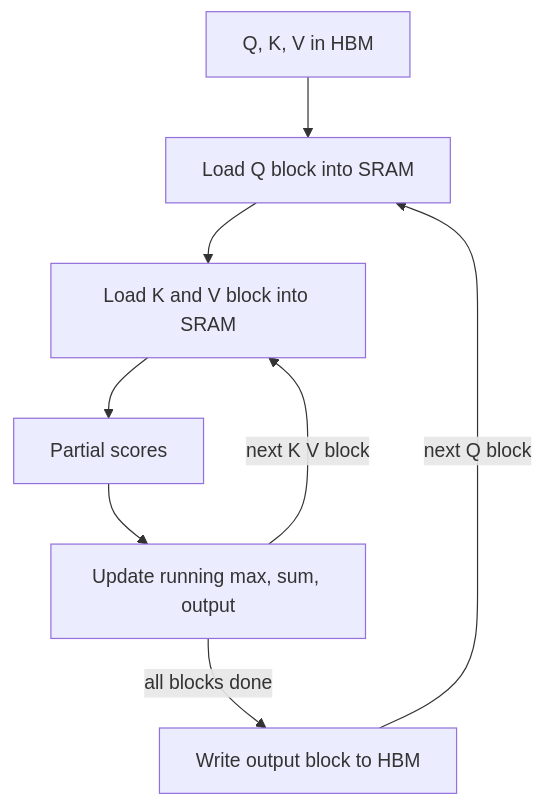
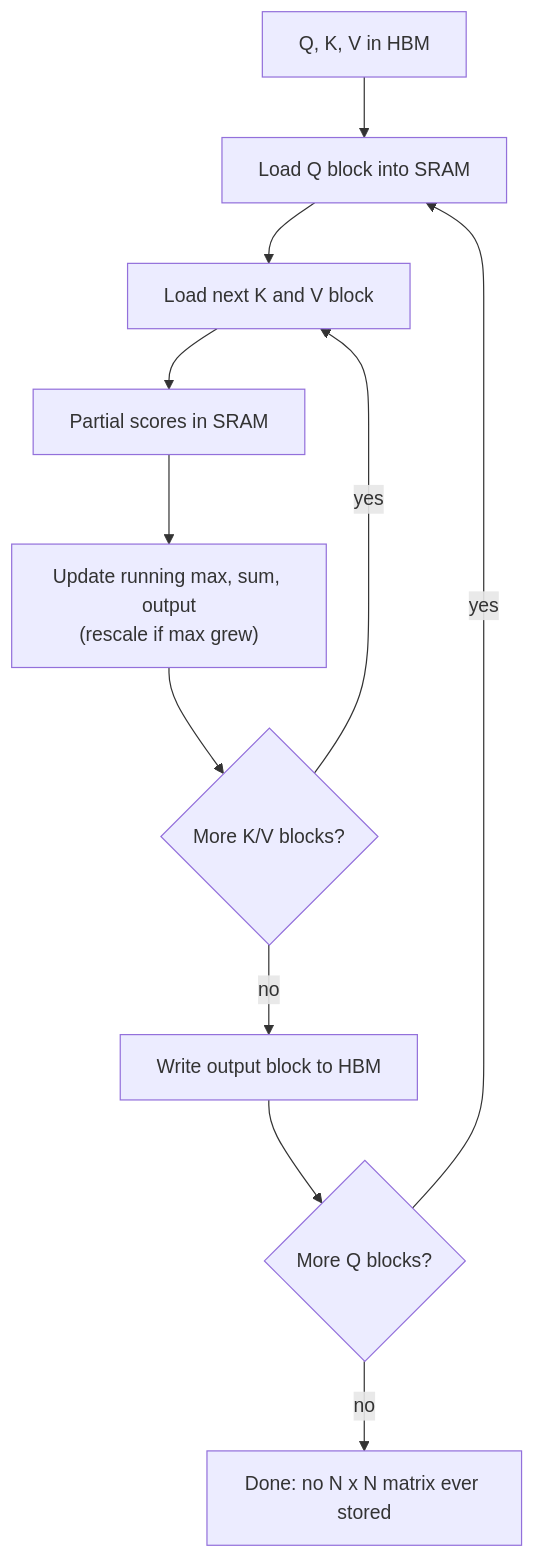
Before and after one commit to kaisarnajar/outcome-school-blogs: the first of 2 diagrams in notes/step-05-modern-llm-architecture/075-decoding-flash-attention.md, drawn with Mermaid. The commit also changed other lines of this file and 233 other files, not shown here.

````diff
--- a/notes/step-05-modern-llm-architecture/075-decoding-flash-attention.md
+++ b/notes/step-05-modern-llm-architecture/075-decoding-flash-attention.md
@@ -38,10 +78,13 @@
 ```mermaid
 flowchart TD
-    A["Q, K, V in HBM"] --> B["Load Q block into SRAM"]
-    B --> C["Load K and V block into SRAM"]
-    C --> D["Partial scores"]
-    D --> E["Update running max, sum, output"]
-    E -->|"next K V block"| C
-    E -->|"all blocks done"| F["Write output block to HBM"]
-    F -->|"next Q block"| B
+A1["Q, K, V in HBM"] --> B1["Load Q block into SRAM"]
+B1 --> C1["Load next K and V block"]
+C1 --> D1["Partial scores in SRAM"]
+D1 --> E1["Update running max, sum, output<br/>(rescale if max grew)"]
+E1 --> F1{"More K/V blocks?"}
+F1 -->|"yes"| C1
+F1 -->|"no"| G1["Write output block to HBM"]
+G1 --> H1{"More Q blocks?"}
+H1 -->|"yes"| B1
+H1 -->|"no"| I1["Done: no N x N matrix ever stored"]
 ```
````
